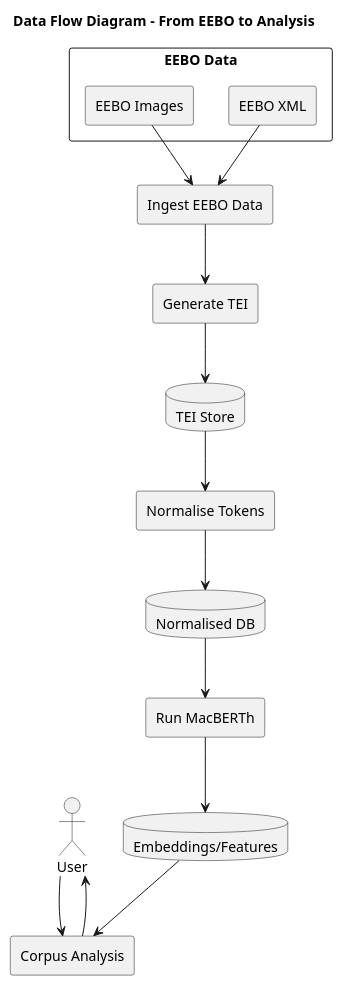
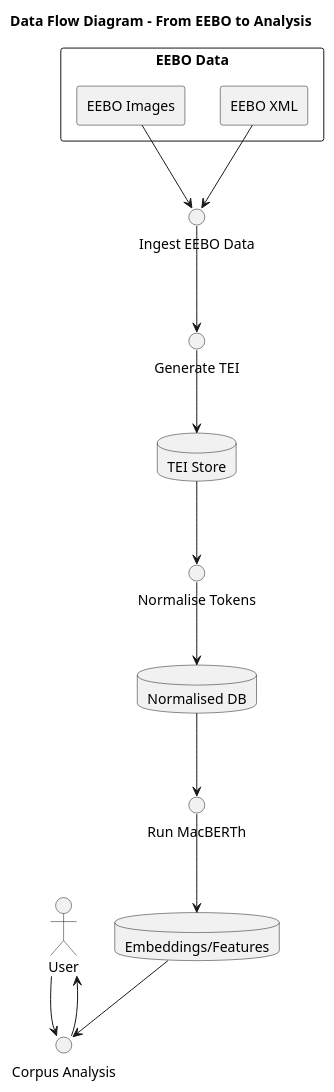
The diagram in docs/uml/data_flow_diagram.puml (leegee/mutatis-mutandis), drawn with PlantUML before and after one commit. The commit also changed 12 other files, not shown here.

```diff
--- a/docs/uml/data_flow_diagram.puml
+++ b/docs/uml/data_flow_diagram.puml
@@ -1,37 +1,52 @@
 @startuml
 title Data Flow Diagram – From EEBO to Analysis
 
+'============================
+' Actors
+'============================
 actor User
 
+'============================
+' External Data / Sources
+'============================
 rectangle "EEBO Data" {
-  rectangle "EEBO XML" as EEBO_XML
-  rectangle "EEBO Images" as EEBO_Images
+    rectangle "EEBO XML" as EEBO_XML
+    rectangle "EEBO Images" as EEBO_Images
 }
 
-rectangle "Ingest EEBO Data" as P1
-rectangle "Generate TEI" as P2
-rectangle "Normalise Tokens" as P3
-rectangle "Run MacBERTh" as P4
-rectangle "Corpus Analysis" as P5
+'============================
+' Processes (DFD style)
+'============================
+circle "Ingest EEBO Data" as P1
+circle "Generate TEI" as P2
+circle "Normalise Tokens" as P3
+circle "Run MacBERTh" as P4
+circle "Corpus Analysis" as P5
 
+'============================
+' Data Stores
+'============================
 database "TEI Store" as D1
 database "Normalised DB" as D2
 database "Embeddings/Features" as D3
 
+'============================
+' Data Flows
+'============================
 EEBO_XML --> P1
 EEBO_Images --> P1
 
 P1 --> P2
 P2 --> D1
 
 D1 --> P3
 P3 --> D2
 
 D2 --> P4
 P4 --> D3
 
 D3 --> P5
 User --> P5
 P5 --> User
 
 @enduml
```
